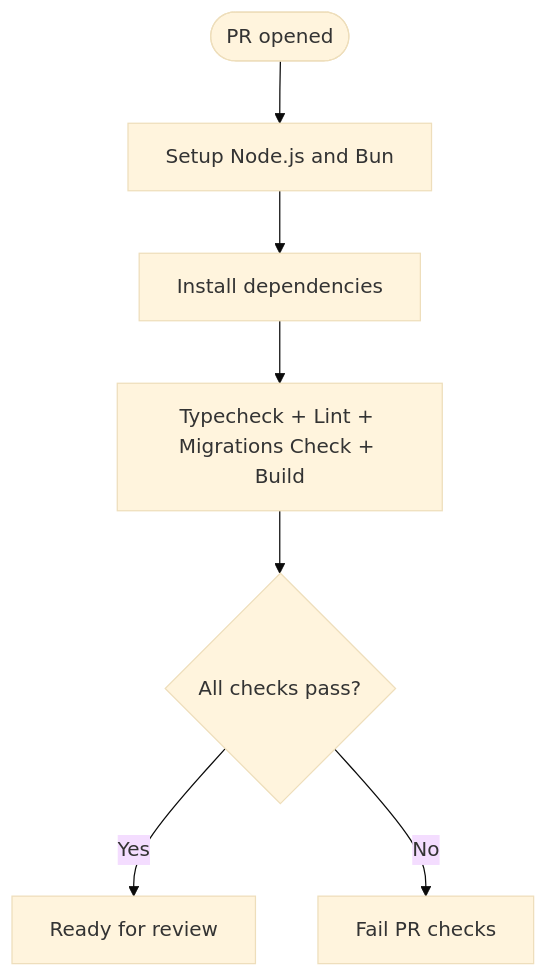
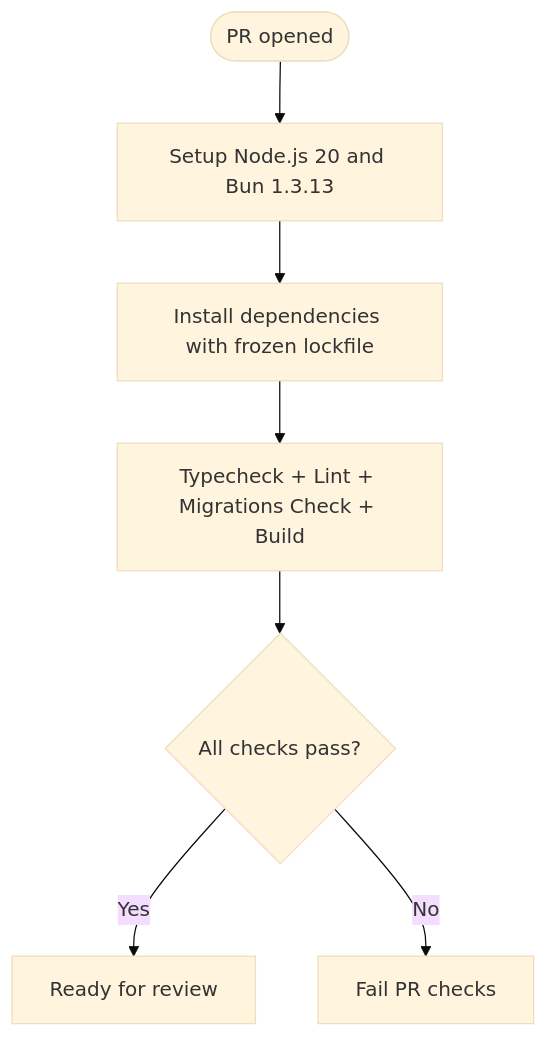
The third of 9 diagrams in .qoder/repowiki/en/content/Deployment and DevOps.md (gastaldellomarco/pcReady), drawn with Mermaid (base theme) before and after one commit. The commit also changed other lines of this file and 16 other files, not shown here.

````diff
--- a/.qoder/repowiki/en/content/Deployment and DevOps.md
+++ b/.qoder/repowiki/en/content/Deployment and DevOps.md
@@ -139,9 +154,9 @@
 ```mermaid
 flowchart TD
-Start(["PR opened"]) --> Setup["Setup Node.js and Bun"]
-Setup --> Install["Install dependencies"]
+Start(["PR opened"]) --> Setup["Setup Node.js 20 and Bun 1.3.13"]
+Setup --> Install["Install dependencies with frozen lockfile"]
 Install --> Quality["Typecheck + Lint + Migrations Check + Build"]
 Quality --> Pass{"All checks pass?"}
 Pass --> |Yes| Ready["Ready for review"]
 Pass --> |No| Fail["Fail PR checks"]
 ```
````
